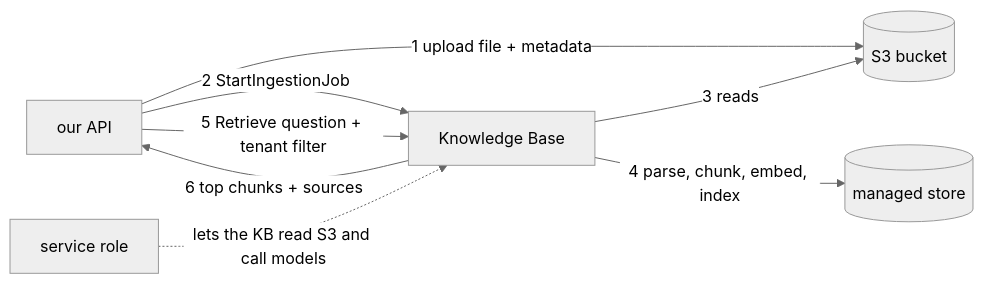
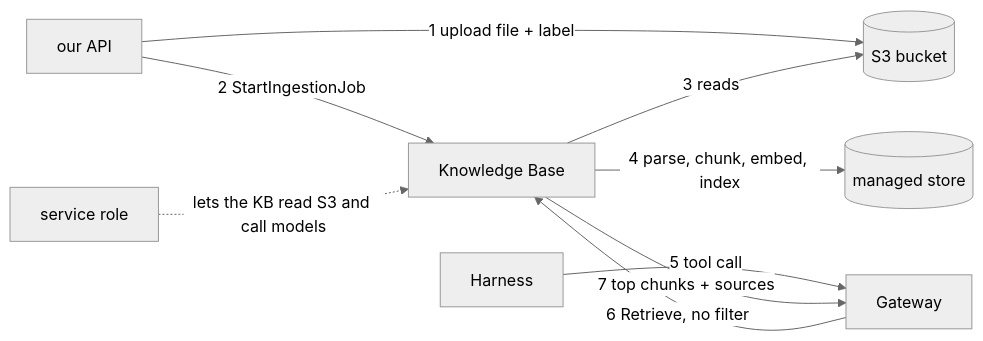
Before and after one commit to yashzord/Docs_Copilot: the third of 5 diagrams in docs/learning/aws.md, drawn with Mermaid (neutral theme). The commit also changed other lines of this file and 10 other files, not shown here.

````diff
--- a/docs/learning/aws.md
+++ b/docs/learning/aws.md
@@ -433,10 +470,11 @@
 ```mermaid
 flowchart LR
-    U[our API] -->|1 upload file + metadata| S[(S3 bucket)]
+    U[our API] -->|1 upload file + label| S[(S3 bucket)]
     U -->|2 StartIngestionJob| KB[Knowledge Base]
     KB -->|3 reads| S
     KB -->|4 parse, chunk, embed, index| ST[(managed store)]
-    U -->|5 Retrieve question + tenant filter| KB
-    KB -->|6 top chunks + sources| U
+    H[Harness] -->|5 tool call| G[Gateway]
+    G -->|6 Retrieve, no filter| KB
+    KB -->|7 top chunks + sources| G
     R[service role] -.lets the KB read S3 and call models.-> KB
 ```
````
